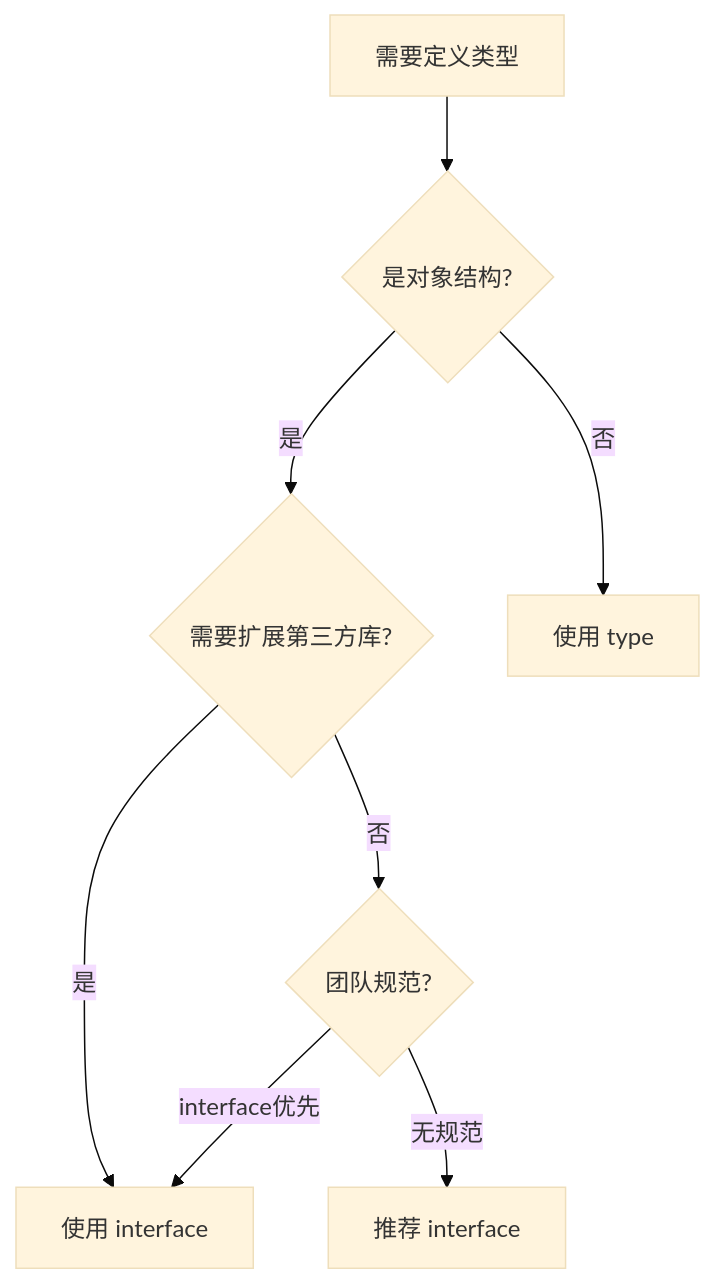
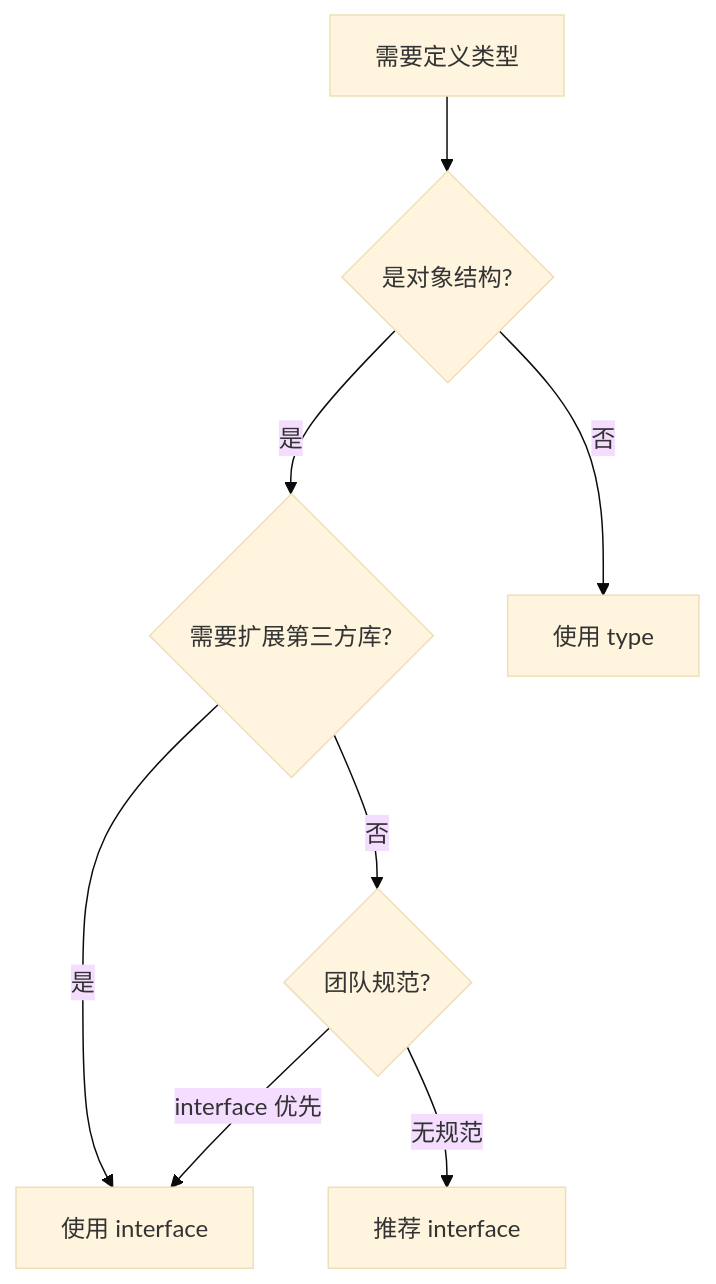
Before and after one commit to abelshare/study-buddy: the second of 2 diagrams in src/content/docs/domains/typescript.md, drawn with Mermaid (base theme). The commit also changed other lines of this file and 1 other file, not shown here.

````diff
--- a/src/content/docs/domains/typescript.md
+++ b/src/content/docs/domains/typescript.md
@@ -143,10 +144,10 @@
 ```mermaid
 flowchart TD
     A[需要定义类型] --> B{是对象结构?}
     B -->|是| C{需要扩展第三方库?}
     B -->|否| D[使用 type]
     C -->|是| E[使用 interface]
     C -->|否| F{团队规范?}
-    F -->|interface优先| E
+    F -->|interface 优先| E
     F -->|无规范| G[推荐 interface]
 ```
````
